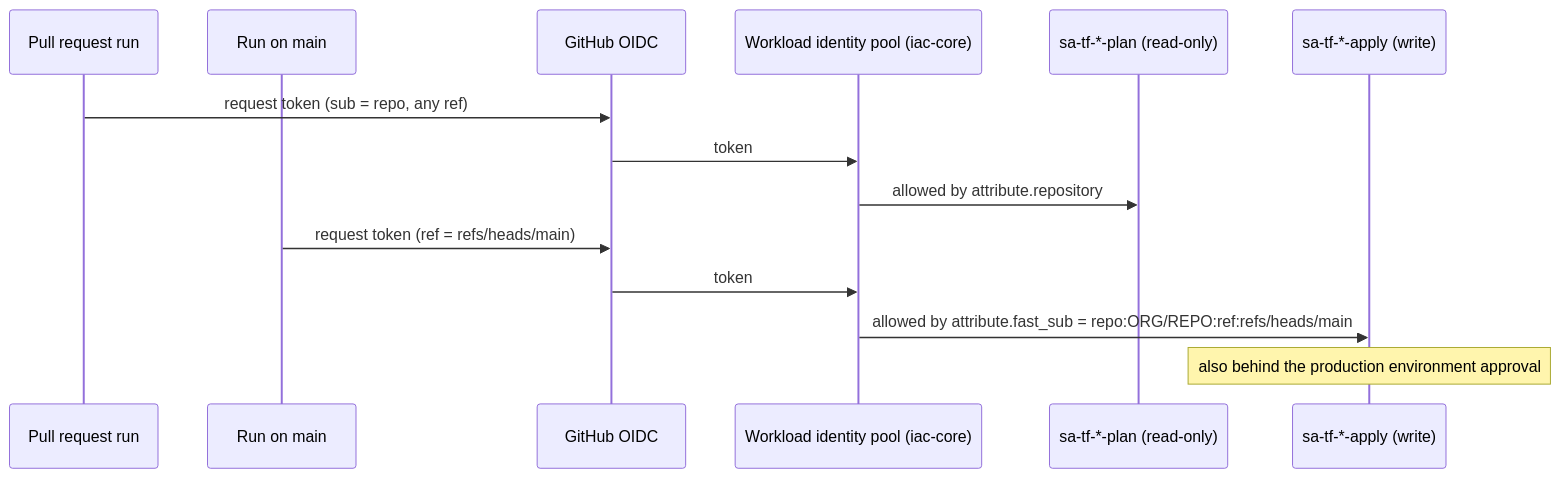
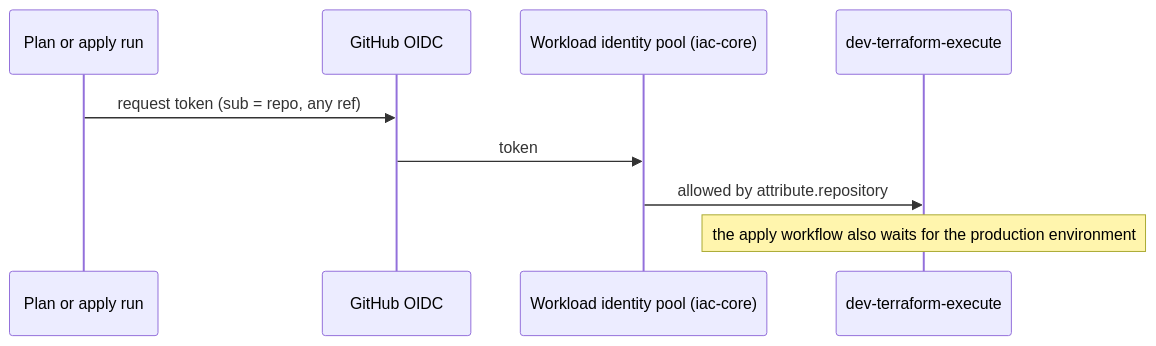
One commit to Rajendraladkat1919/gcp-foundation-bootstrap changed the second of 2 diagrams in docs/architecture.md. Above: the diagram before and after it, drawn with Mermaid. The commit also changed other lines of this file and 60 other files, not shown here.

````diff
--- a/docs/architecture.md
+++ b/docs/architecture.md
@@ -25,16 +28,11 @@
 ```mermaid
 sequenceDiagram
-  participant PR as Pull request run
-  participant Main as Run on main
+  participant Run as Plan or apply run
   participant GH as GitHub OIDC
   participant WIF as Workload identity pool (iac-core)
-  participant Plan as sa-tf-*-plan (read-only)
-  participant Apply as sa-tf-*-apply (write)
-  PR->>GH: request token (sub = repo, any ref)
+  participant SA as dev-terraform-execute
+  Run->>GH: request token (sub = repo, any ref)
   GH->>WIF: token
-  WIF->>Plan: allowed by attribute.repository
-  Main->>GH: request token (ref = refs/heads/main)
-  GH->>WIF: token
-  WIF->>Apply: allowed by attribute.fast_sub = repo:ORG/REPO:ref:refs/heads/main
-  Note over Apply: also behind the production environment approval
+  WIF->>SA: allowed by attribute.repository
+  Note over SA: the apply workflow also waits for the production environment
 ```
````
